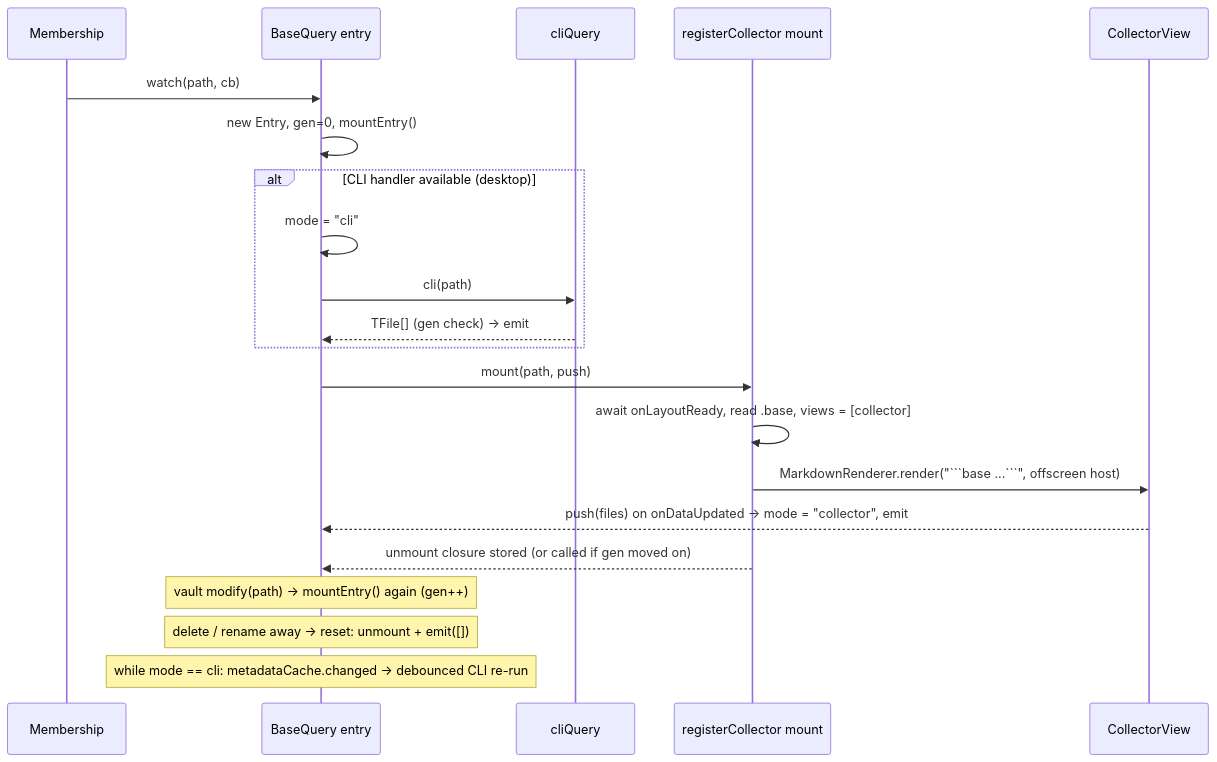
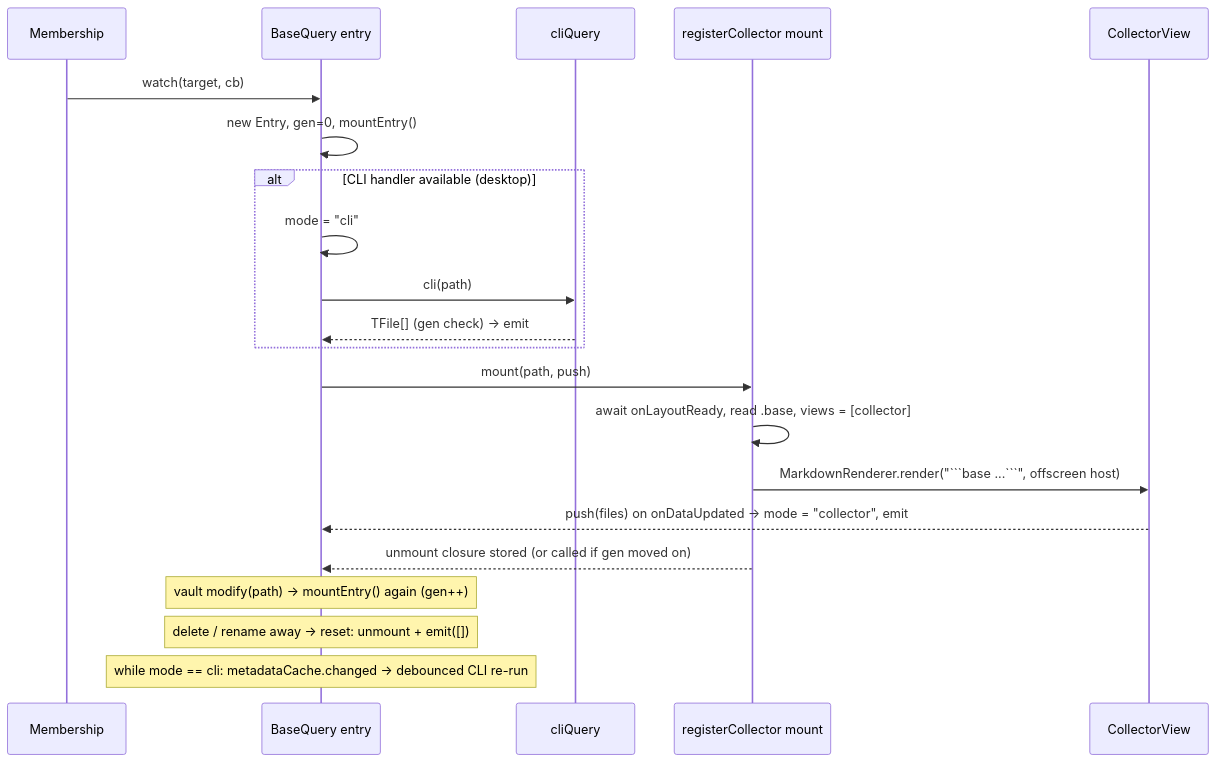
The diagram in wiki/flows/base-query-watch.md (Macavity/obsidian-improved-bases), drawn with Mermaid before and after one commit. The commit also changed other lines of this file and 8 other files, not shown here.

````diff
--- a/wiki/flows/base-query-watch.md
+++ b/wiki/flows/base-query-watch.md
@@ -21,23 +21,23 @@
 ```mermaid
 sequenceDiagram
   participant M as Membership
   participant Q as BaseQuery entry
   participant C as cliQuery
   participant R as registerCollector mount
   participant V as CollectorView
-  M->>Q: watch(path, cb)
+  M->>Q: watch(target, cb)
   Q->>Q: new Entry, gen=0, mountEntry()
   alt CLI handler available (desktop)
     Q->>Q: mode = "cli"
     Q->>C: cli(path)
     C-->>Q: TFile[] (gen check) -> emit
   end
   Q->>R: mount(path, push)
   R->>R: await onLayoutReady, read .base, views = [collector]
   R->>V: MarkdownRenderer.render("```base ...```", offscreen host)
   V-->>Q: push(files) on onDataUpdated -> mode = "collector", emit
   R-->>Q: unmount closure stored (or called if gen moved on)
   Note over Q: vault modify(path) -> mountEntry() again (gen++)
   Note over Q: delete / rename away -> reset: unmount + emit([])
   Note over Q: while mode == cli: metadataCache.changed -> debounced CLI re-run
 ```
````
